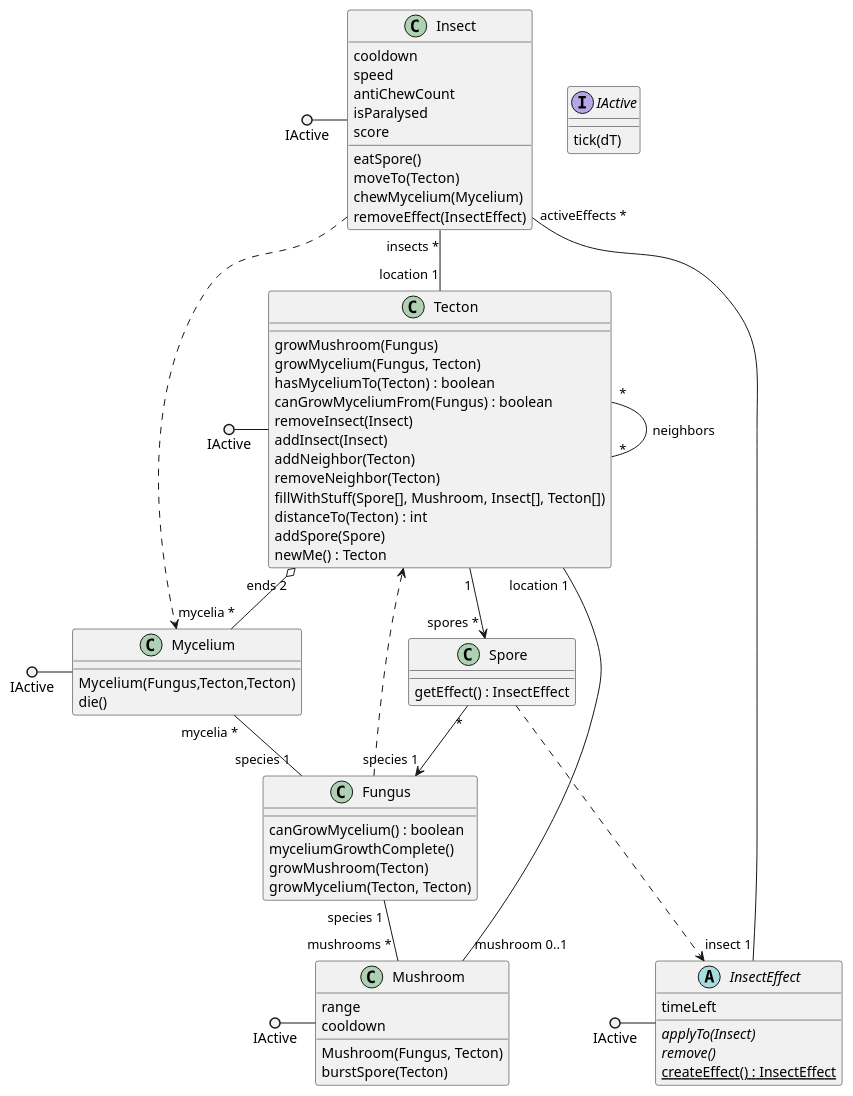
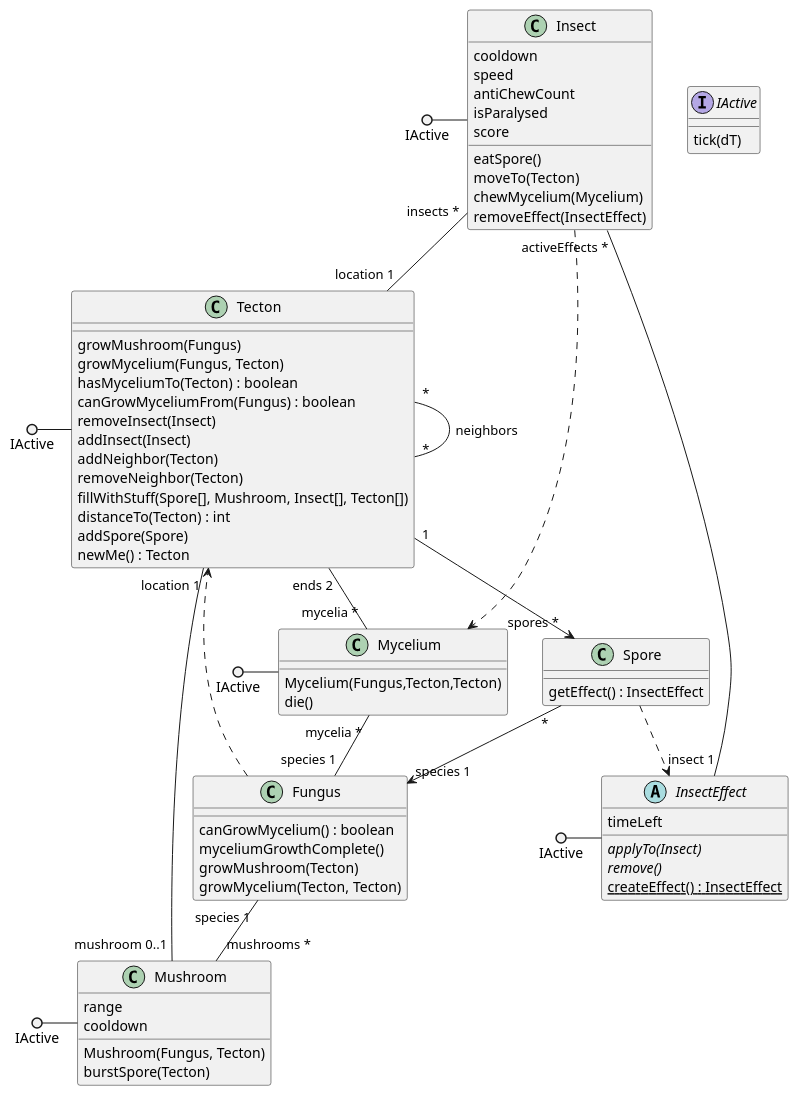
One commit to ZD4ve/projlab-error521 changed the diagram in classes.pu. Above: the diagram before and after it, drawn with PlantUML.

Commit message:
Edited association lines

```diff
--- a/classes.pu
+++ b/classes.pu
@@ -1,77 +1,77 @@
 @startuml classes
 interface IActive {
     tick(dT)
 }
 class Tecton {
     growMushroom(Fungus)
     growMycelium(Fungus, Tecton)
     hasMyceliumTo(Tecton) : boolean
     canGrowMyceliumFrom(Fungus) : boolean
     removeInsect(Insect)
     addInsect(Insect)
     addNeighbor(Tecton)
     removeNeighbor(Tecton)
     fillWithStuff(Spore[], Mushroom, Insect[], Tecton[])
     distanceTo(Tecton) : int
     addSpore(Spore)
     newMe() : Tecton
 }
 class Fungus {
     canGrowMycelium() : boolean
     myceliumGrowthComplete()
     growMushroom(Tecton)
     growMycelium(Tecton, Tecton)
 }
 class Mycelium {
     Mycelium(Fungus,Tecton,Tecton)
     die()
 }
 class Mushroom {
     range
     cooldown
     Mushroom(Fungus, Tecton)
     burstSpore(Tecton)
 }
 class Spore {
     getEffect() : InsectEffect
 }
 class Insect {
     cooldown
     speed
     antiChewCount
     isParalysed
     score
     eatSpore()
     moveTo(Tecton)
     chewMycelium(Mycelium)
     removeEffect(InsectEffect)
 }
 abstract InsectEffect {
     timeLeft
     {abstract} applyTo(Insect)
     {abstract} remove()
     {static} createEffect() : InsectEffect
 }
 
 IActive ()- Tecton
 IActive ()- Mushroom
 IActive ()- Mycelium
 IActive ()- Insect
 IActive ()- InsectEffect
 
 Tecton "*" -- "*" Tecton : neighbors
-Tecton "ends 2" o-- "mycelia *" Mycelium
+Tecton "ends 2" -- "mycelia *" Mycelium
 Tecton "1" --> "spores *" Spore
 Tecton "location 1" -- "mushroom 0..1" Mushroom
 
 Mycelium "mycelia *" -- "species 1" Fungus
 Insect "activeEffects *" -- "insect 1" InsectEffect
 Insect "insects *" -- "location 1" Tecton
 Fungus "species 1" -- "mushrooms *" Mushroom
 Spore "*" --> "species 1" Fungus
 
-Fungus ...> Tecton
-Spore ...> InsectEffect
-Insect ...> Mycelium
+Fungus ..> Tecton
+Spore ..> InsectEffect
+Insect ..> Mycelium
 
 @enduml
```
